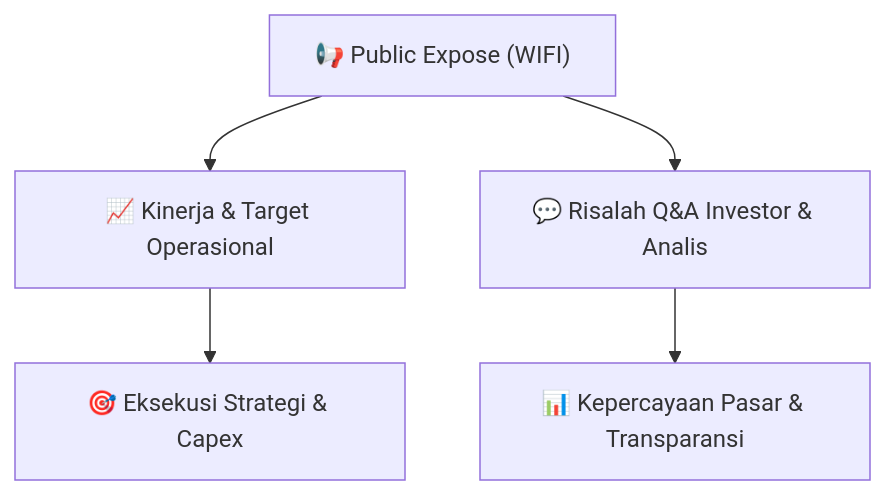
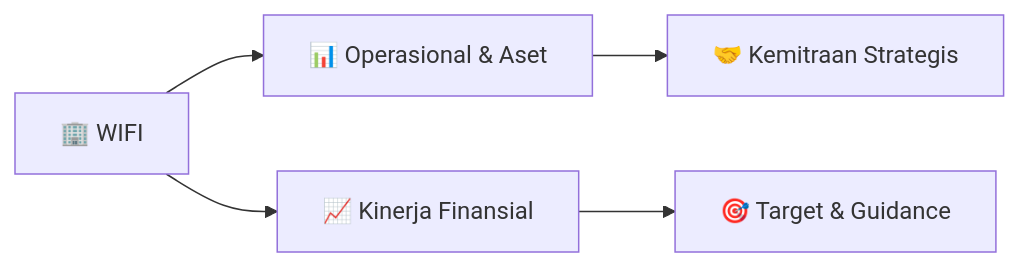
Before and after one commit to anYoneo/alphadigest-idx: the diagram in reports/summaries/public-exposes/informasi-pubex/WIFI_Public_Expose_20260902.md, drawn with Mermaid. The commit also changed other lines of this file and 526 other files, not shown here.

````diff
--- a/reports/summaries/public-exposes/informasi-pubex/WIFI_Public_Expose_20260902.md
+++ b/reports/summaries/public-exposes/informasi-pubex/WIFI_Public_Expose_20260902.md
@@ -18,7 +84,7 @@
 ```mermaid
-flowchart TD
-    A["📢 Public Expose (WIFI)"] --> B["📈 Kinerja & Target Operasional"]
-    A --> C["💬 Risalah Q&A Investor & Analis"]
-    B --> D["🎯 Eksekusi Strategi & Capex"]
-    C --> E["📊 Kepercayaan Pasar & Transparansi"]
+flowchart LR
+    A["🏢 WIFI"] --> B["📊 Operasional & Aset"]
+    A --> C["📈 Kinerja Finansial"]
+    B --> D["🤝 Kemitraan Strategis"]
+    C --> E["🎯 Target & Guidance"]
 ```
````
